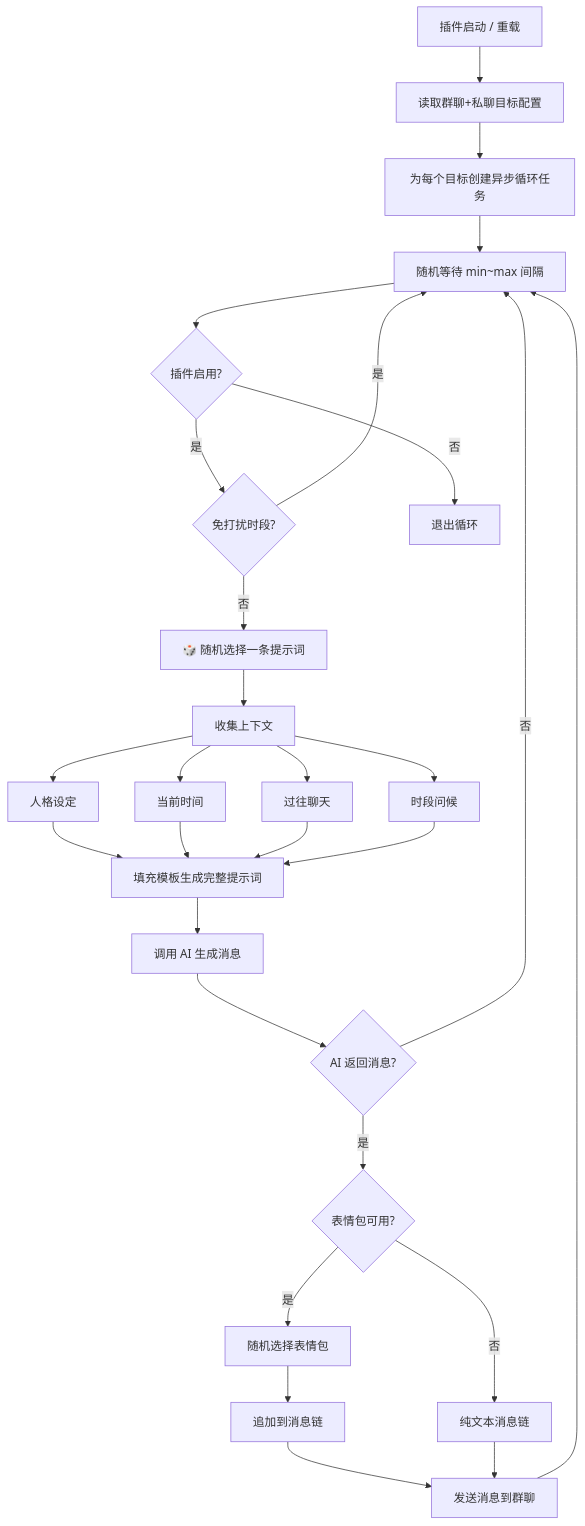
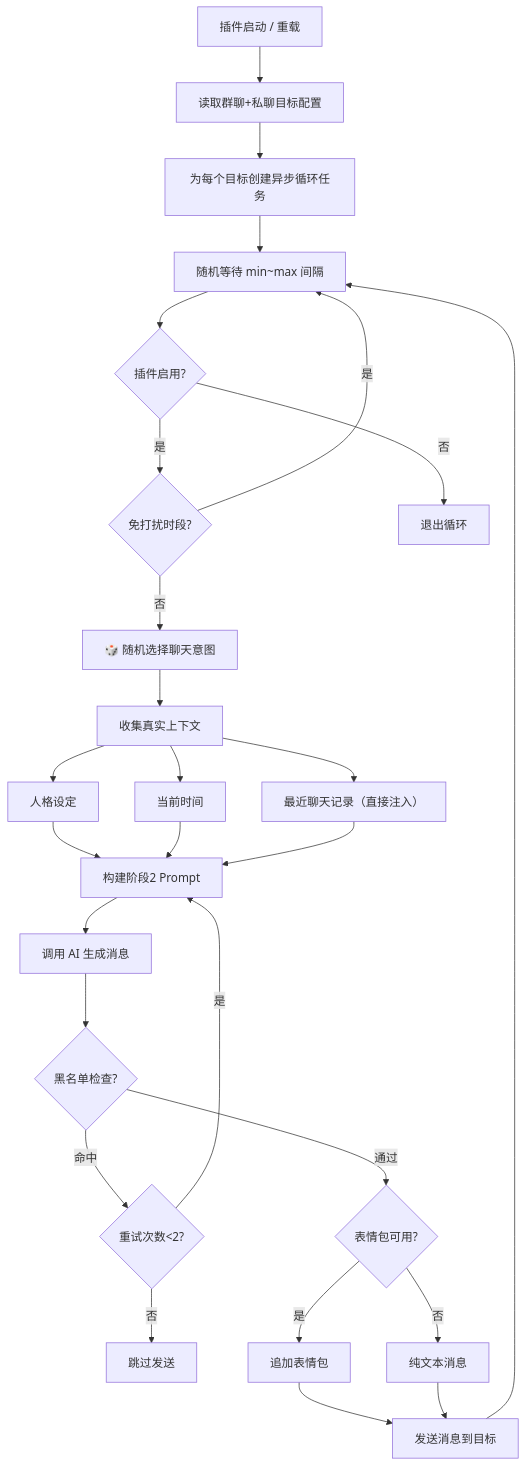
Before and after one commit to nmb1337/astrbot_plugin_life-master: the diagram in README.md, drawn with Mermaid. The commit also changed other lines of this file and 2 other files, not shown here.

Commit message:
修复

````diff
--- a/README.md
+++ b/README.md
@@ -158,27 +156,27 @@
 ```mermaid
 flowchart TD
     A["插件启动 / 重载"] --> B["读取群聊+私聊目标配置"]
     B --> C["为每个目标创建异步循环任务"]
     C --> D["随机等待 min~max 间隔"]
     D --> E{"插件启用?"}
     E -->|是| F{"免打扰时段?"}
-    F -->|否| G["🎲 随机选择一条提示词"]
-    G --> H["收集上下文"]
+    F -->|否| G["🎲 随机选择聊天意图"]
+    G --> H["收集真实上下文"]
     H --> H1["人格设定"]
     H --> H2["当前时间"]
-    H --> H3["过往聊天"]
-    H --> H4["时段问候"]
-    H1 & H2 & H3 & H4 --> I["填充模板生成完整提示词"]
+    H --> H3["最近聊天记录（直接注入）"]
+    H1 & H2 & H3 --> I["构建阶段2 Prompt"]
     I --> J["调用 AI 生成消息"]
-    J --> K{"AI 返回消息?"}
-    K -->|是| L{"表情包可用?"}
-    L -->|是| M["随机选择表情包"]
-    M --> N["追加到消息链"]
-    L -->|否| O["纯文本消息链"]
-    N --> P["发送消息到群聊"]
-    O --> P
-    K -->|否| D
-    P --> D
+    J --> K{"黑名单检查?"}
+    K -->|命中| L{"重试次数<2?"}
+    L -->|是| I
+    L -->|否| M["跳过发送"]
+    K -->|通过| N{"表情包可用?"}
+    N -->|是| O["追加表情包"]
+    N -->|否| P["纯文本消息"]
+    O --> Q["发送消息到目标"]
+    P --> Q
+    Q --> D
     F -->|是| D
-    E -->|否| Q["退出循环"]
+    E -->|否| R["退出循环"]
 ```
````
